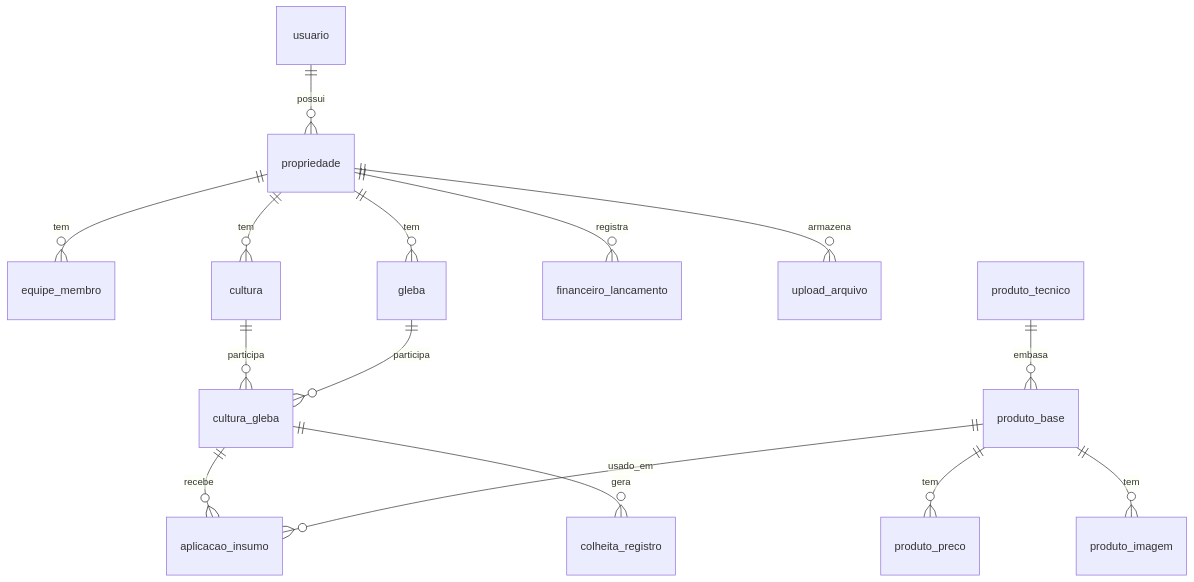
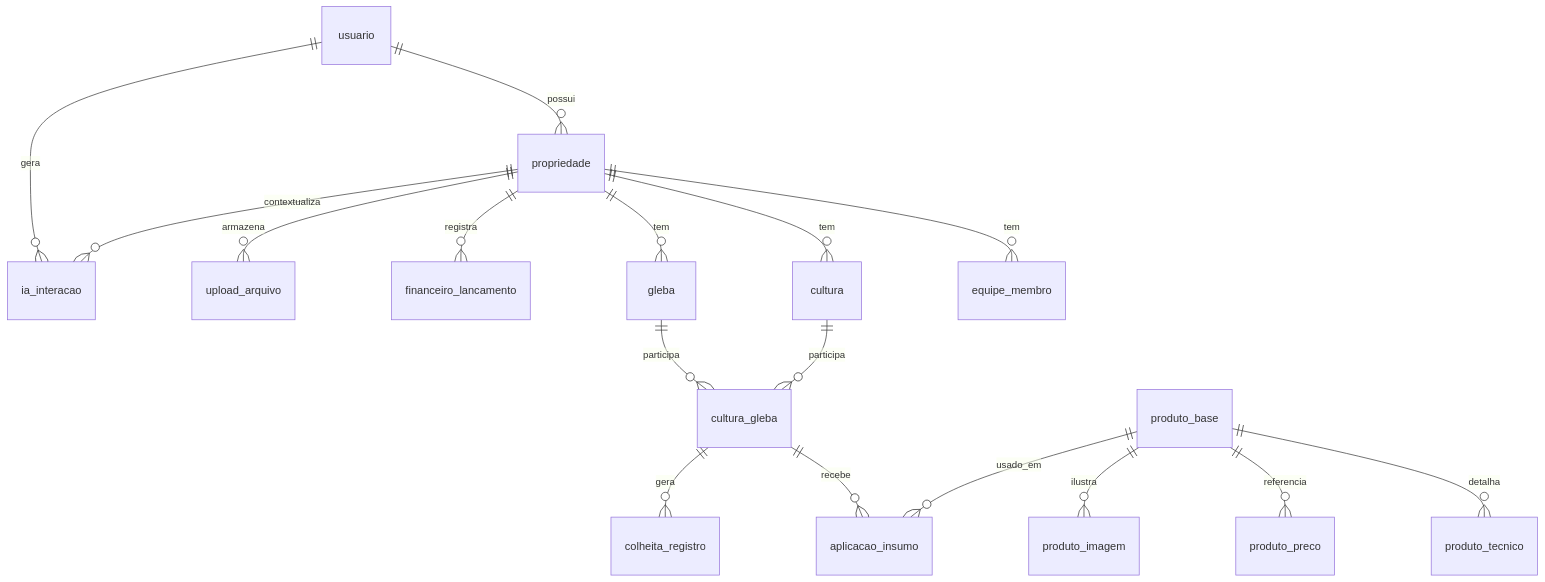
Before and after one commit to Helio965/Connectagro: the diagram in docs/04-modelagem-banco-der.md, drawn with Mermaid. The commit also changed other lines of this file and 3 other files, not shown here.

````diff
--- a/docs/04-modelagem-banco-der.md
+++ b/docs/04-modelagem-banco-der.md
@@ -236,19 +301,22 @@
 ```mermaid
 erDiagram
     usuario ||--o{ propriedade : possui
+    usuario ||--o{ ia_interacao : gera
+
     propriedade ||--o{ equipe_membro : tem
     propriedade ||--o{ cultura : tem
     propriedade ||--o{ gleba : tem
     propriedade ||--o{ financeiro_lancamento : registra
     propriedade ||--o{ upload_arquivo : armazena
+    propriedade ||--o{ ia_interacao : contextualiza
 
     cultura ||--o{ cultura_gleba : participa
     gleba ||--o{ cultura_gleba : participa
     cultura_gleba ||--o{ aplicacao_insumo : recebe
     cultura_gleba ||--o{ colheita_registro : gera
 
-    produto_tecnico ||--o{ produto_base : embasa
+    produto_base ||--o{ produto_tecnico : detalha
+    produto_base ||--o{ produto_preco : referencia
+    produto_base ||--o{ produto_imagem : ilustra
     produto_base ||--o{ aplicacao_insumo : usado_em
-    produto_base ||--o{ produto_preco : tem
-    produto_base ||--o{ produto_imagem : tem
 ```
````
